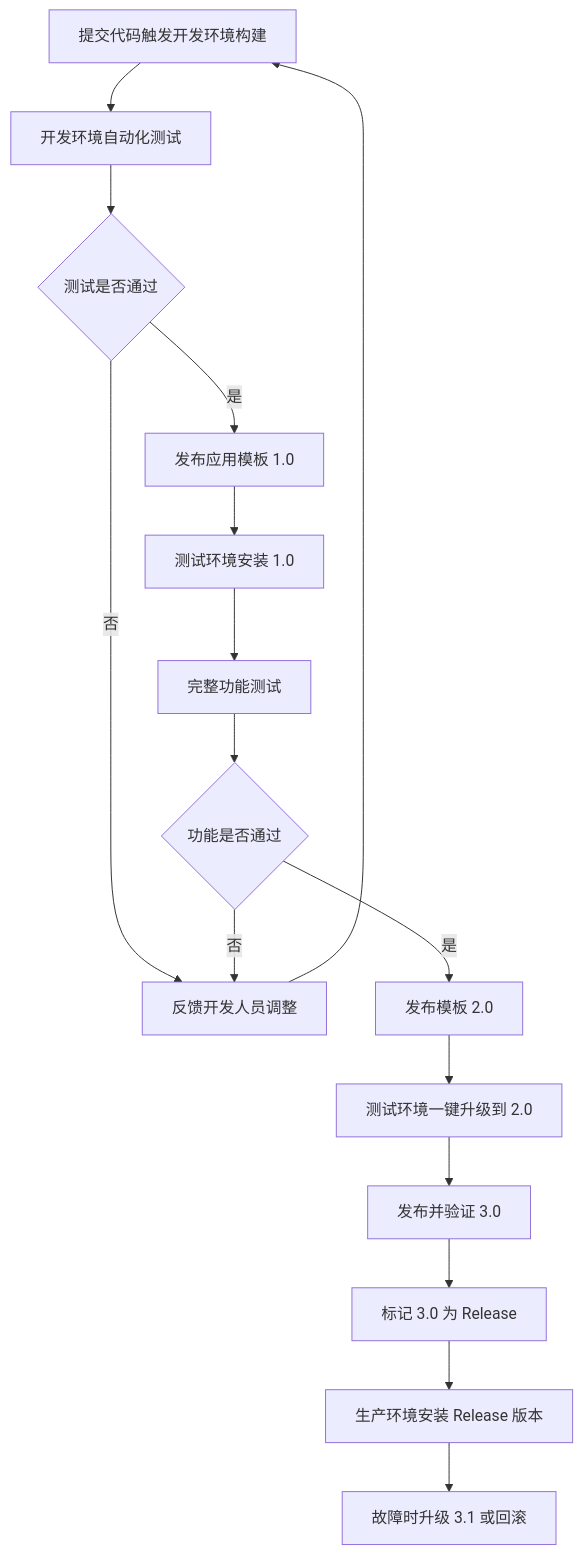
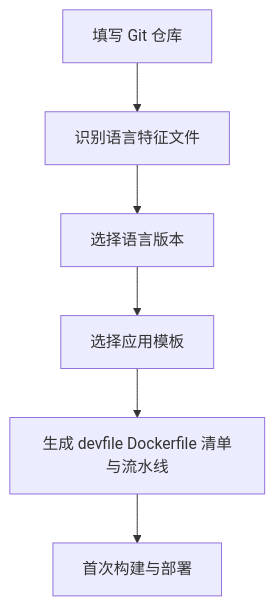
One commit to kube-do/kdo changed the diagram in site-docs/developer/best-practices/continuous-delivery/application-templates/index.md. Above: the diagram before and after it, drawn with Mermaid. The commit also changed other lines of this file and 83 other files, not shown here.

````diff
--- a/site-docs/developer/best-practices/continuous-delivery/application-templates/index.md
+++ b/site-docs/developer/best-practices/continuous-delivery/application-templates/index.md
@@ -37,18 +26,8 @@
 ```mermaid
 flowchart TD
-    A[提交代码触发开发环境构建] --> B[开发环境自动化测试]
-    B --> C{测试是否通过}
-    C -->|否| D[反馈开发人员调整]
-    D --> A
-    C -->|是| E[发布应用模板 1.0]
-    E --> F[测试环境安装 1.0]
-    F --> G[完整功能测试]
-    G --> H{功能是否通过}
-    H -->|否| D
-    H -->|是| I[发布模板 2.0]
-    I --> J[测试环境一键升级到 2.0]
-    J --> K[发布并验证 3.0]
-    K --> L[标记 3.0 为 Release]
-    L --> M[生产环境安装 Release 版本]
-    M --> N[故障时升级 3.1 或回滚]
+    A[填写 Git 仓库] --> B[识别语言特征文件]
+    B --> C[选择语言版本]
+    C --> D[选择应用模板]
+    D --> E[生成 devfile Dockerfile 清单与流水线]
+    E --> F[首次构建与部署]
 ```
````
